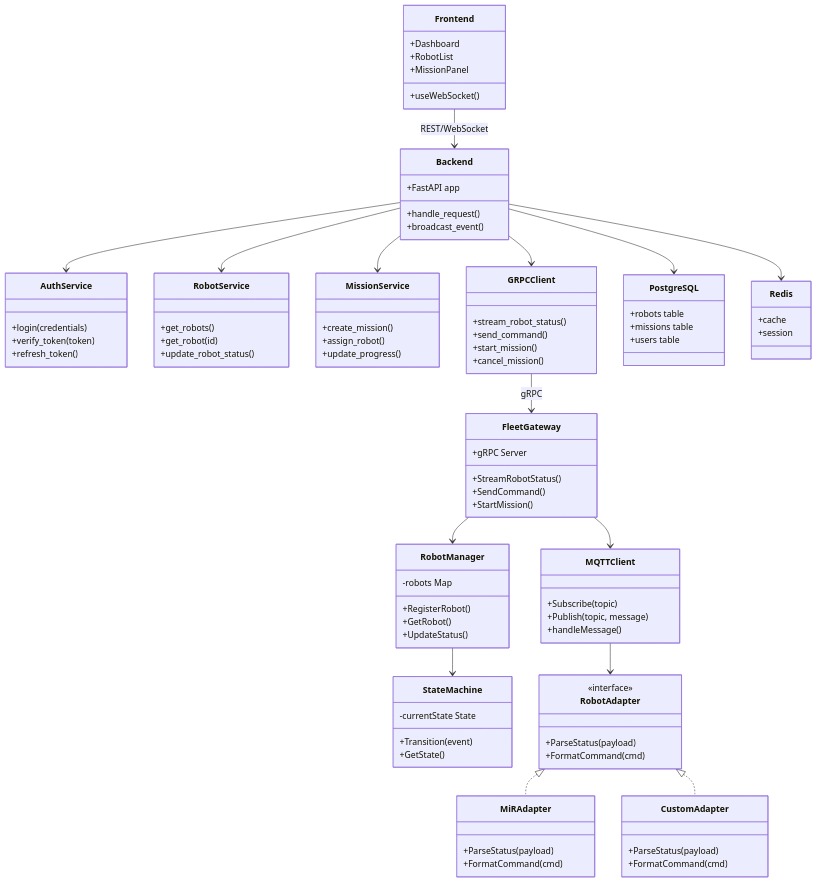
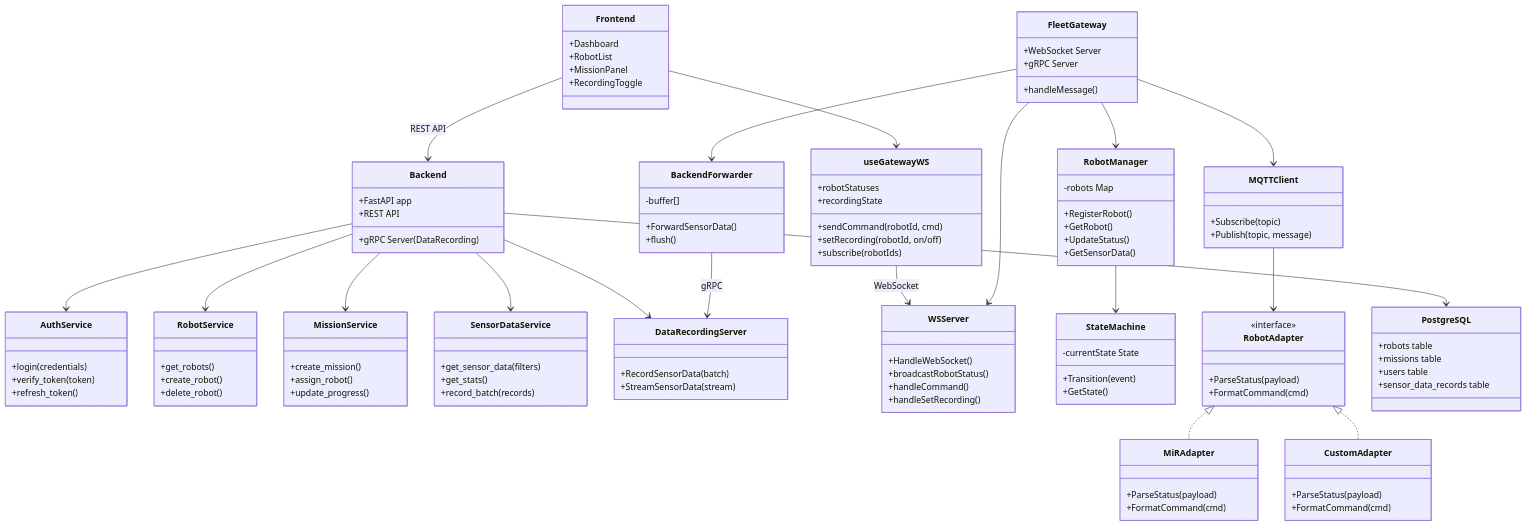
One commit to akinami3/robot-ml-web-app changed the first of 5 diagrams in README.md. Above: the diagram before and after it, drawn with Mermaid. The commit also changed other lines of this file and 25 other files, not shown here.

```diff
--- a/README.md
+++ b/README.md
@@ -75,14 +84,22 @@
         +Dashboard
         +RobotList
         +MissionPanel
-        +useWebSocket()
+        +RecordingToggle
+    }
+    
+    class useGatewayWS {
+        +sendCommand(robotId, cmd)
+        +setRecording(robotId, on/off)
+        +subscribe(robotIds)
+        +robotStatuses
+        +recordingState
     }
     
     %% Backend Layer
     class Backend {
         +FastAPI app
-        +handle_request()
-        +broadcast_event()
+        +REST API
+        +gRPC Server (DataRecording)
     }
     
     class AuthService {
@@ -93,8 +110,8 @@
     
     class RobotService {
         +get_robots()
-        +get_robot(id)
-        +update_robot_status()
+        +create_robot()
+        +delete_robot()
     }
     
     class MissionService {
@@ -103,19 +120,35 @@
         +update_progress()
     }
     
-    class GRPCClient {
-        +stream_robot_status()
-        +send_command()
-        +start_mission()
-        +cancel_mission()
+    class SensorDataService {
+        +get_sensor_data(filters)
+        +get_stats()
+        +record_batch(records)
+    }
+    
+    class DataRecordingServer {
+        +RecordSensorData(batch)
+        +StreamSensorData(stream)
     }
     
     %% Gateway Layer
     class FleetGateway {
+        +WebSocket Server
         +gRPC Server
-        +StreamRobotStatus()
-        +SendCommand()
-        +StartMission()
+        +handleMessage()
+    }
+    
+    class WSServer {
+        +HandleWebSocket()
+        +broadcastRobotStatus()
+        +handleCommand()
+        +handleSetRecording()
+    }
+    
+    class BackendForwarder {
+        -buffer[]
+        +ForwardSensorData()
+        +flush()
     }
     
     class RobotManager {
@@ -123,6 +156,7 @@
         +RegisterRobot()
         +GetRobot()
         +UpdateStatus()
+        +GetSensorData()
     }
     
     class StateMachine {
@@ -134,7 +168,6 @@
     class MQTTClient {
         +Subscribe(topic)
         +Publish(topic, message)
-        +handleMessage()
     }
     
     class RobotAdapter {
@@ -158,28 +191,28 @@
         +robots table
         +missions table
         +users table
-    }
-    
-    class Redis {
-        +cache
-        +session
+        +sensor_data_records table
     }
     
     %% Relationships
-    Frontend --> Backend : REST/WebSocket
+    Frontend --> useGatewayWS
+    useGatewayWS --> WSServer : WebSocket
+    Frontend --> Backend : REST API
+    
     Backend --> AuthService
     Backend --> RobotService
     Backend --> MissionService
-    Backend --> GRPCClient
+    Backend --> SensorDataService
+    Backend --> DataRecordingServer
     Backend --> PostgreSQL
-    Backend --> Redis
     
-    GRPCClient --> FleetGateway : gRPC
-    
+    FleetGateway --> WSServer
     FleetGateway --> RobotManager
     FleetGateway --> MQTTClient
+    FleetGateway --> BackendForwarder
+    
+    BackendForwarder --> DataRecordingServer : gRPC
     RobotManager --> StateMachine
-    
     MQTTClient --> RobotAdapter
     RobotAdapter <|.. MiRAdapter
     RobotAdapter <|.. CustomAdapter
```
